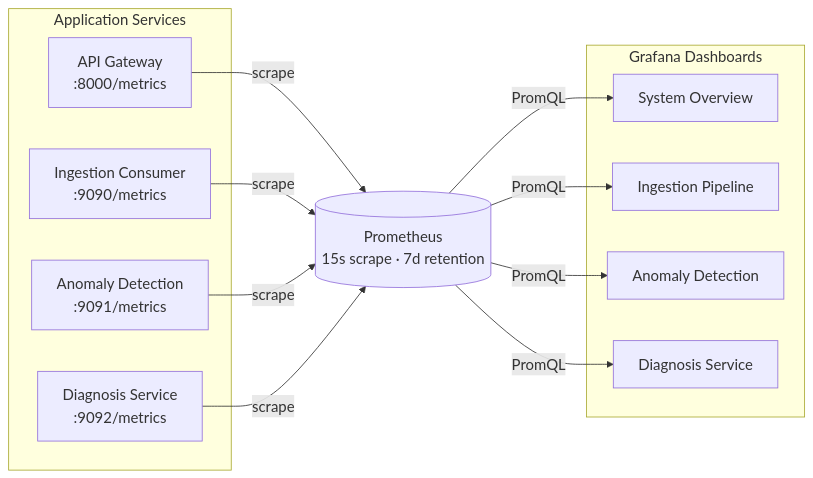
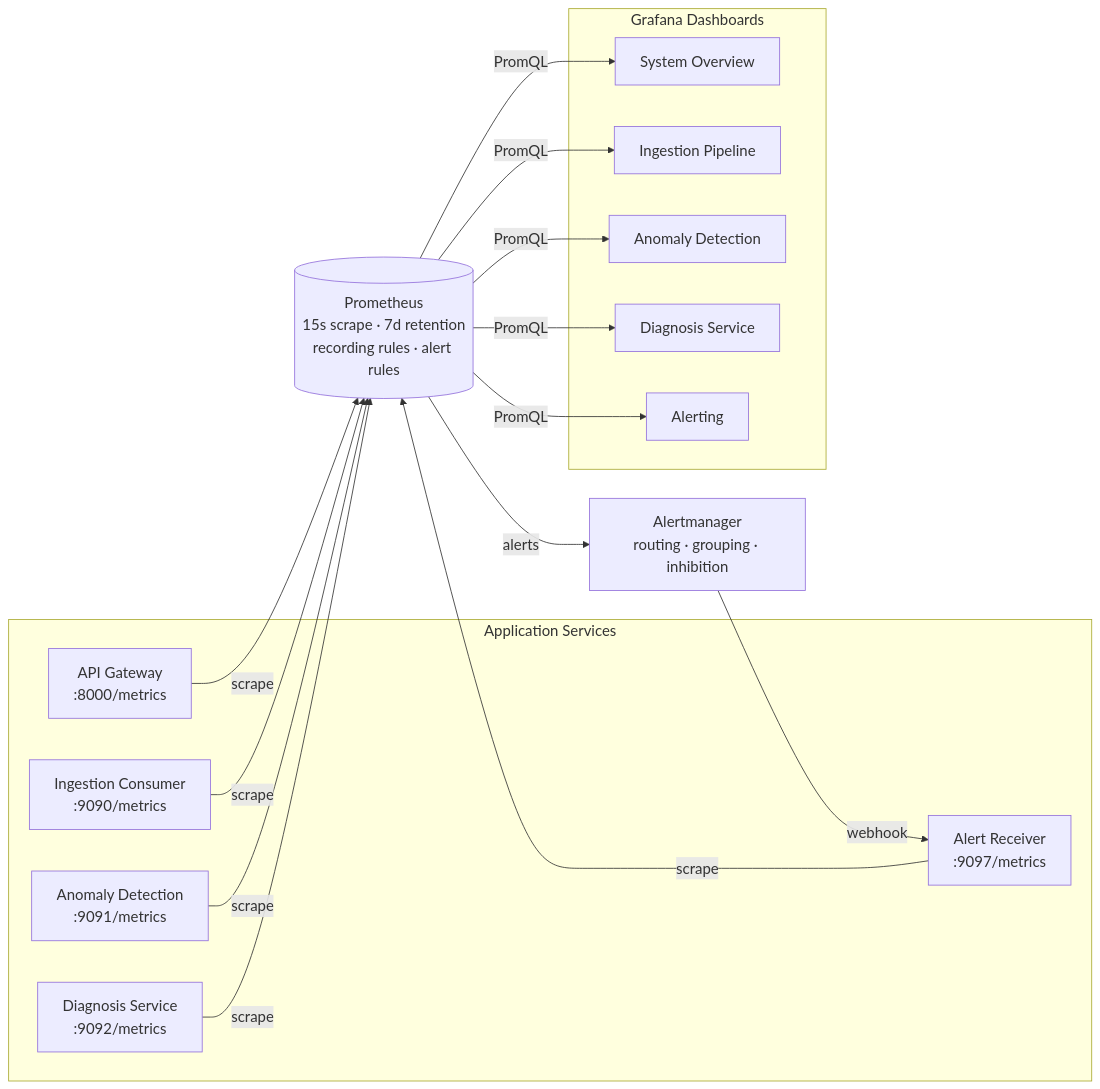
One commit to lyngotm/telemetry-intel-platform changed the second of 3 diagrams in README.md. Above: the diagram before and after it, drawn with Mermaid. The commit also changed other lines of this file and 37 other files, not shown here.

First line of the commit message:
feat: add alerting stack with Alertmanager, webhook receiver, AI triage, and monitor CRUD

````diff
--- a/README.md
+++ b/README.md
@@ -100,28 +102,36 @@
 ```mermaid
 %%{init: {'themeVariables': {'fontSize': '18px'}}}%%
 flowchart LR
     subgraph Services["Application Services"]
         API[API Gateway<br/>:8000/metrics]
         IC[Ingestion Consumer<br/>:9090/metrics]
         AD[Anomaly Detection<br/>:9091/metrics]
         DS[Diagnosis Service<br/>:9092/metrics]
+        AR[Alert Receiver<br/>:9097/metrics]
     end
 
-    PROM[(Prometheus<br/>15s scrape · 7d retention)]
+    PROM[(Prometheus<br/>15s scrape · 7d retention<br/>recording rules · alert rules)]
+
+    AM[Alertmanager<br/>routing · grouping · inhibition]
 
     subgraph Dashboards["Grafana Dashboards"]
         D1[System Overview]
         D2[Ingestion Pipeline]
         D3[Anomaly Detection]
         D4[Diagnosis Service]
+        D5[Alerting]
     end
 
     API -->|scrape| PROM
     IC -->|scrape| PROM
     AD -->|scrape| PROM
     DS -->|scrape| PROM
+    AR -->|scrape| PROM
+    PROM -->|alerts| AM
+    AM -->|webhook| AR
     PROM -->|PromQL| D1
     PROM -->|PromQL| D2
     PROM -->|PromQL| D3
     PROM -->|PromQL| D4
+    PROM -->|PromQL| D5
 ```
````
